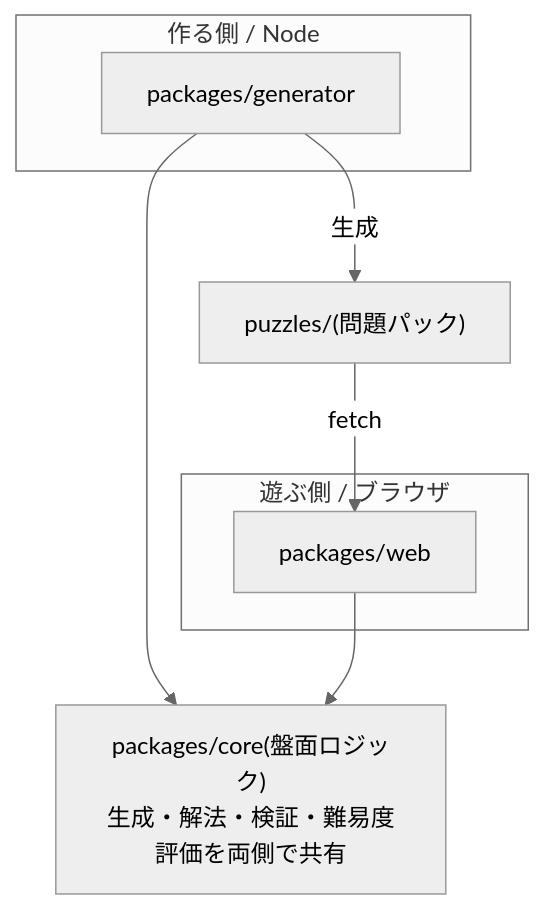
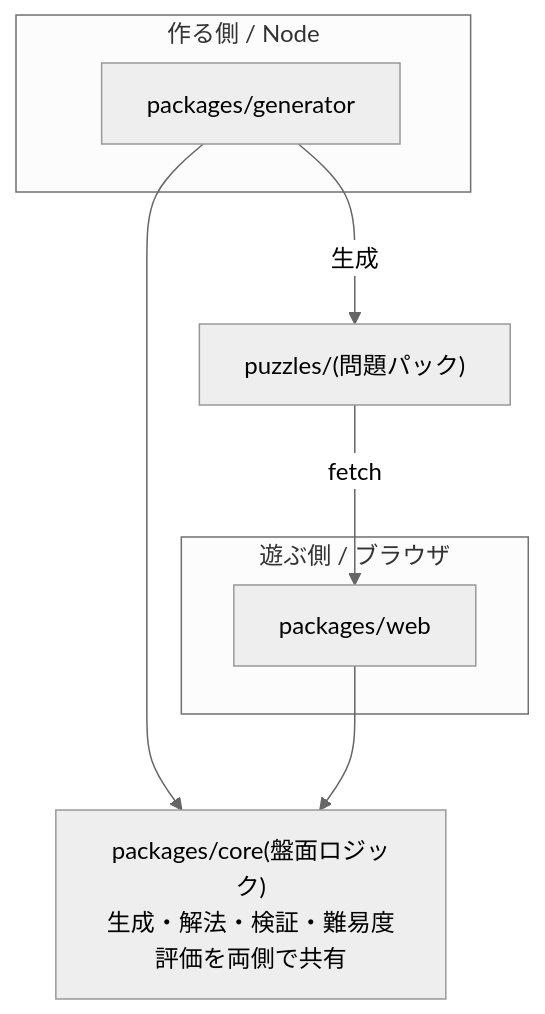
The first of 3 diagrams in docs/architecture/system-architecture.md (lost-chapter/sudoku-web), drawn with Mermaid (neutral theme) before and after one commit. The commit also changed 1 other file, not shown here.

Commit message:
全体像の図で矢印のラベルと枠が重ならないようにする
fetch のラベルが「遊ぶ側」の枠の上辺に触れていた。この図だけ段の間隔を
64 へ広げて逃がす(rankSpacing)。ほかの 10 枚には影響しない。

横向き(LR)も試したが採らない。実測で 791px・縮尺 0.69 になり、
ラベルを短くしても 658px・0.82 だった。縦なら 282px で等倍。
subgraph で枠を付けても幅は減らない。この結果を規則へ 1 行足した。

図 11 枚とも file: で描け、1280px で縮尺 1.00。

````diff
--- a/docs/architecture/system-architecture.md
+++ b/docs/architecture/system-architecture.md
@@ -9,13 +9,18 @@
 ```mermaid
+---
+config:
+  flowchart:
+    rankSpacing: 64
+---
 flowchart TB
   subgraph make["作る側 / Node"]
     gen["packages/generator"]
   end
   subgraph play["遊ぶ側 / ブラウザ"]
     web["packages/web"]
   end
   gen -->|生成| packs["puzzles/(問題パック)"]
   packs -->|fetch| web
   gen --> core["packages/core(盤面ロジック)<br/>生成・解法・検証・難易度評価を両側で共有"]
   web --> core
 ```
````
